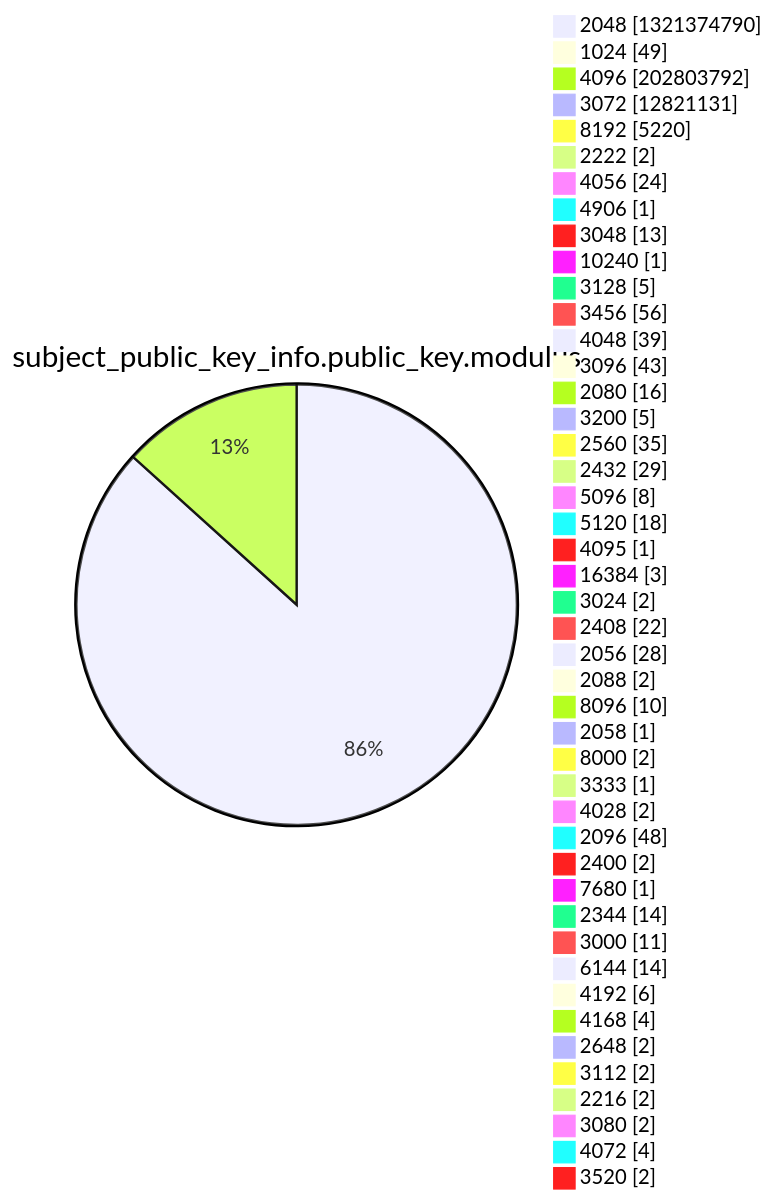
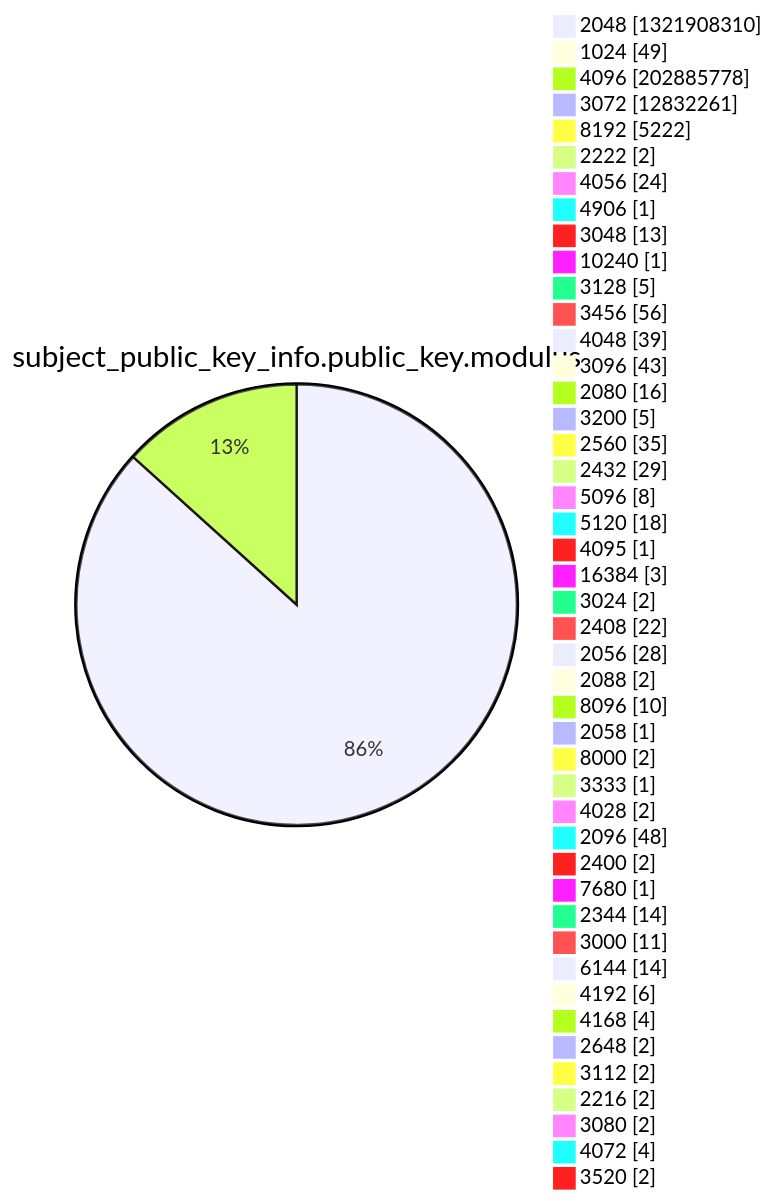
Diagram 13 of 15 in xenon2022/README.md (christiankrug/ctmonitor_visualization), drawn with Mermaid before and after one commit. The commit also changed other lines of this file, not shown here.

````diff
--- a/xenon2022/README.md
+++ b/xenon2022/README.md
@@ -3925,49 +3925,49 @@
 ```mermaid
 pie showData
 title subject_public_key_info.public_key.modulus
-"2048" :1321374790
+"2048" :1321908310
 "1024" :49
-"4096" :202803792
-"3072" :12821131
-"8192" :5220
+"4096" :202885778
+"3072" :12832261
+"8192" :5222
 "2222" :2
 "4056" :24
 "4906" :1
 "3048" :13
 "10240" :1
 "3128" :5
 "3456" :56
 "4048" :39
 "3096" :43
 "2080" :16
 "3200" :5
 "2560" :35
 "2432" :29
 "5096" :8
 "5120" :18
 "4095" :1
 "16384" :3
 "3024" :2
 "2408" :22
 "2056" :28
 "2088" :2
 "8096" :10
 "2058" :1
 "8000" :2
 "3333" :1
 "4028" :2
 "2096" :48
 "2400" :2
 "7680" :1
 "2344" :14
 "3000" :11
 "6144" :14
 "4192" :6
 "4168" :4
 "2648" :2
 "3112" :2
 "2216" :2
 "3080" :2
 "4072" :4
 "3520" :2
 ```
````
